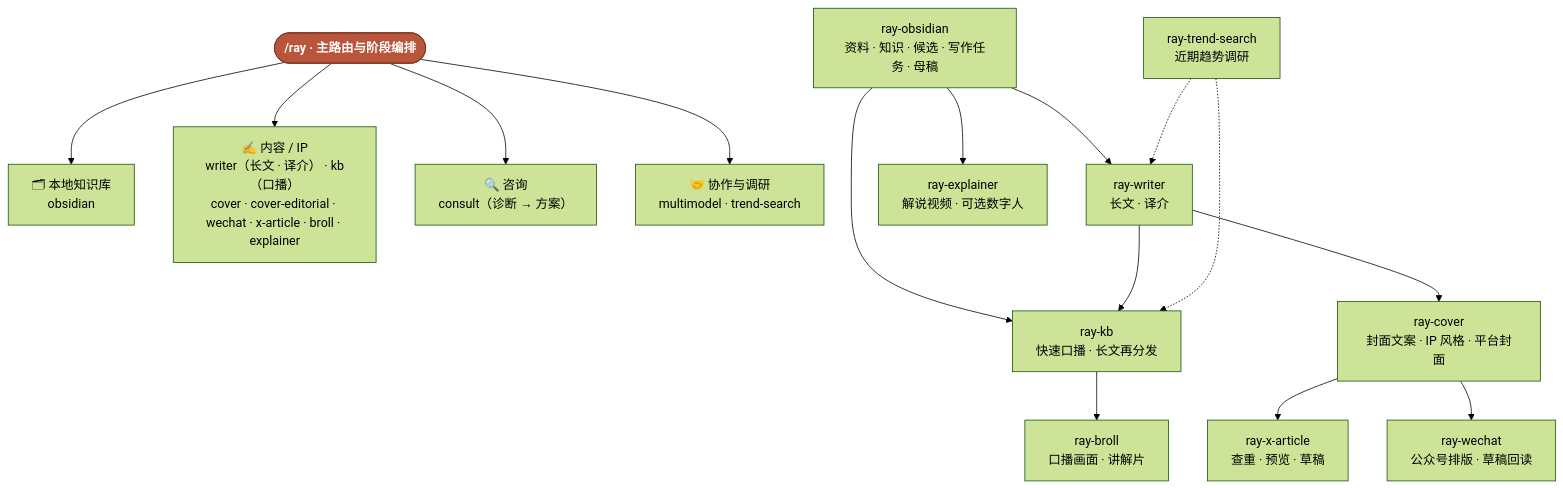
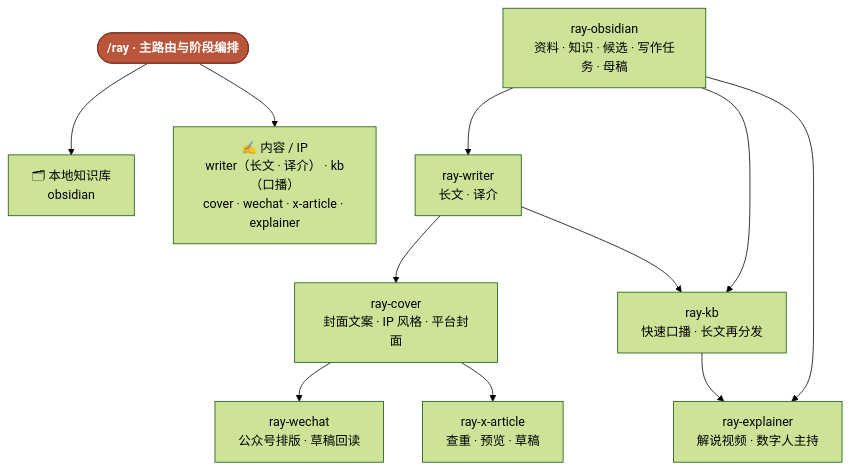
The diagram in README.md (imraywang/rayskills), drawn with Mermaid (forest theme) before and after one commit. The commit also changed other lines of this file and 83 other files, not shown here.

First line of the commit message:
v4 精简：consult / multimodel / trend-search / broll 移到 ray-skills，文档对齐现状

````diff
--- a/README.md
+++ b/README.md
@@ -73,22 +68,18 @@
 ```mermaid
 flowchart TD
     RAY(["/ray · 主路由与阶段编排"]):::hub
 
     RAY --> KNOWLEDGE["🗂 本地知识库<br/>obsidian"]
-    RAY --> CONTENT["✍️ 内容 / IP<br/>writer（长文 · 译介） · kb（口播）<br/>cover · cover-editorial · wechat · x-article · broll · explainer"]
-    RAY --> CONSULT["🔍 咨询<br/>consult（诊断 → 方案）"]
-    RAY --> COLLAB["🤝 协作与调研<br/>multimodel · trend-search"]
+    RAY --> CONTENT["✍️ 内容 / IP<br/>writer（长文 · 译介） · kb（口播）<br/>cover · wechat · x-article · explainer"]
 
     OBSIDIAN["ray-obsidian<br/>资料 · 知识 · 候选 · 写作任务 · 母稿"] --> WRITER["ray-writer<br/>长文 · 译介"]
     WRITER --> COVER["ray-cover<br/>封面文案 · IP 风格 · 平台封面"]
     OBSIDIAN --> KB["ray-kb<br/>快速口播 · 长文再分发"]
     WRITER --> KB
-    KB --> BROLL["ray-broll<br/>口播画面 · 讲解片"]
-    OBSIDIAN --> EXPLAINER["ray-explainer<br/>解说视频 · 可选数字人"]
-    TREND["ray-trend-search<br/>近期趋势调研"] -.-> WRITER
-    TREND -.-> KB
+    OBSIDIAN --> EXPLAINER["ray-explainer<br/>解说视频 · 数字人主持"]
+    KB --> EXPLAINER
     COVER --> WECHAT["ray-wechat<br/>公众号排版 · 草稿回读"]
     COVER --> XARTICLE["ray-x-article<br/>查重 · 预览 · 草稿"]
 
     classDef hub fill:#b8553a,stroke:#7a3320,color:#fff,font-weight:bold;
 ```
````
